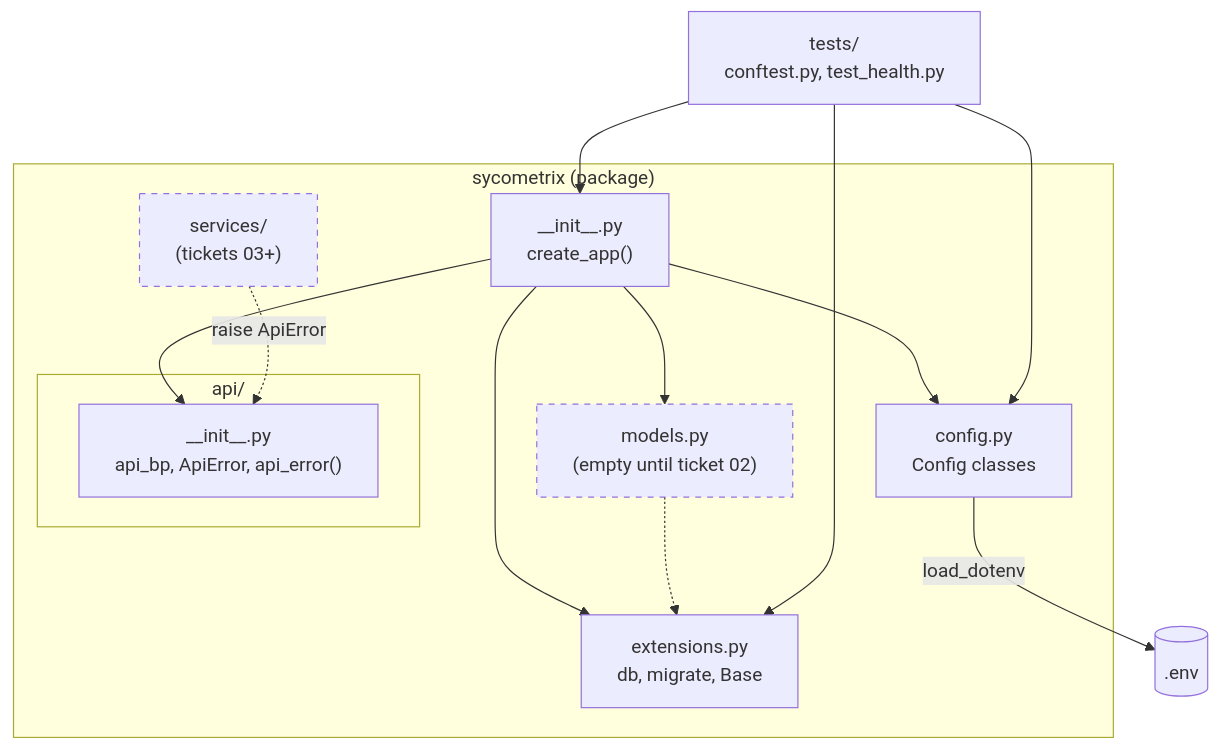
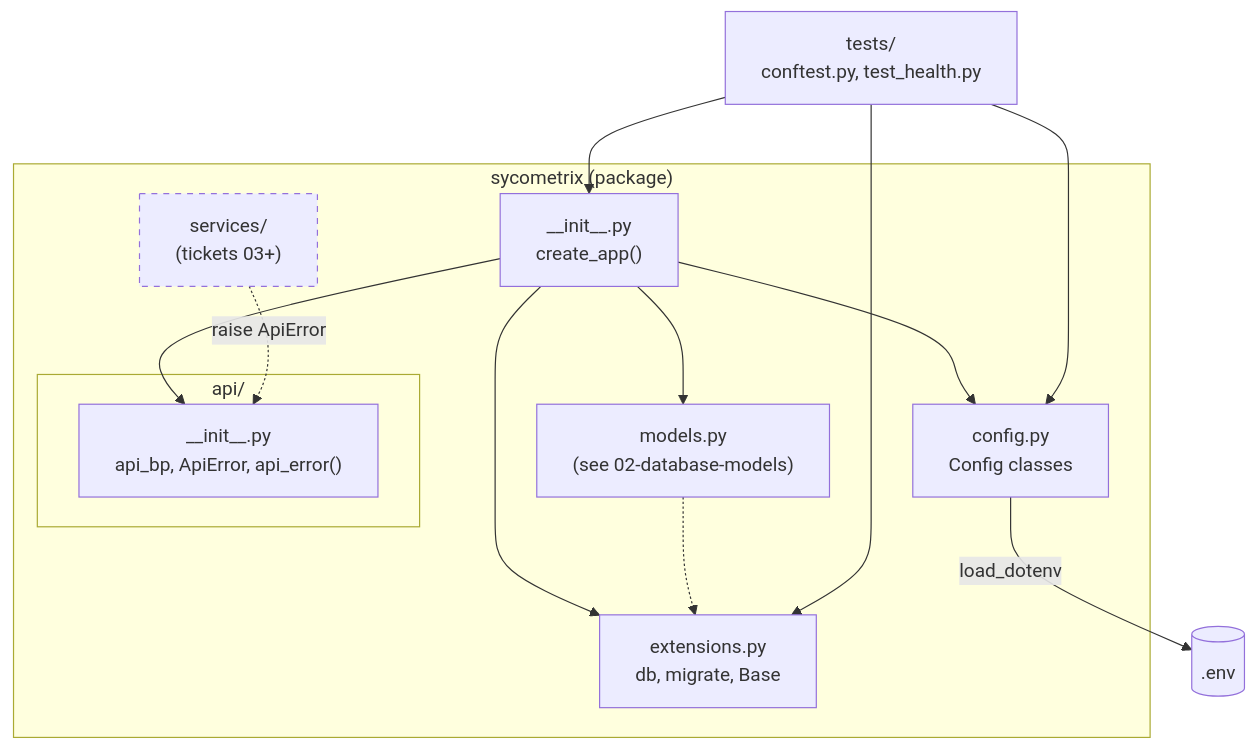
The first of 6 diagrams in docs/uml/01-project-setup.md (SycoMetrix/SycoMetrix), drawn with Mermaid before and after one commit. The commit also changed 4 other files, not shown here.

First line of the commit message:
Complete ticket 02: UML doc, enum drops in downgrade, stronger tests

````diff
--- a/docs/uml/01-project-setup.md
+++ b/docs/uml/01-project-setup.md
@@ -11,30 +11,30 @@
 ```mermaid
 flowchart TB
     subgraph sycometrix["sycometrix (package)"]
         init["__init__.py<br/>create_app()"]
         config["config.py<br/>Config classes"]
         ext["extensions.py<br/>db, migrate, Base"]
-        models["models.py<br/>(empty until ticket 02)"]
+        models["models.py<br/>(see 02-database-models)"]
         subgraph api["api/"]
             apiinit["__init__.py<br/>api_bp, ApiError, api_error()"]
         end
         services["services/<br/>(tickets 03+)"]
     end
 
     tests["tests/<br/>conftest.py, test_health.py"]
     dotenv[(".env")]
 
     init --> config
     init --> ext
     init --> models
     init --> apiinit
     models -.-> ext
     services -.->|raise ApiError| apiinit
     config -->|load_dotenv| dotenv
     tests --> init
     tests --> config
     tests --> ext
 
     classDef future stroke-dasharray: 5 5
-    class models,services future
+    class services future
 ```
````
